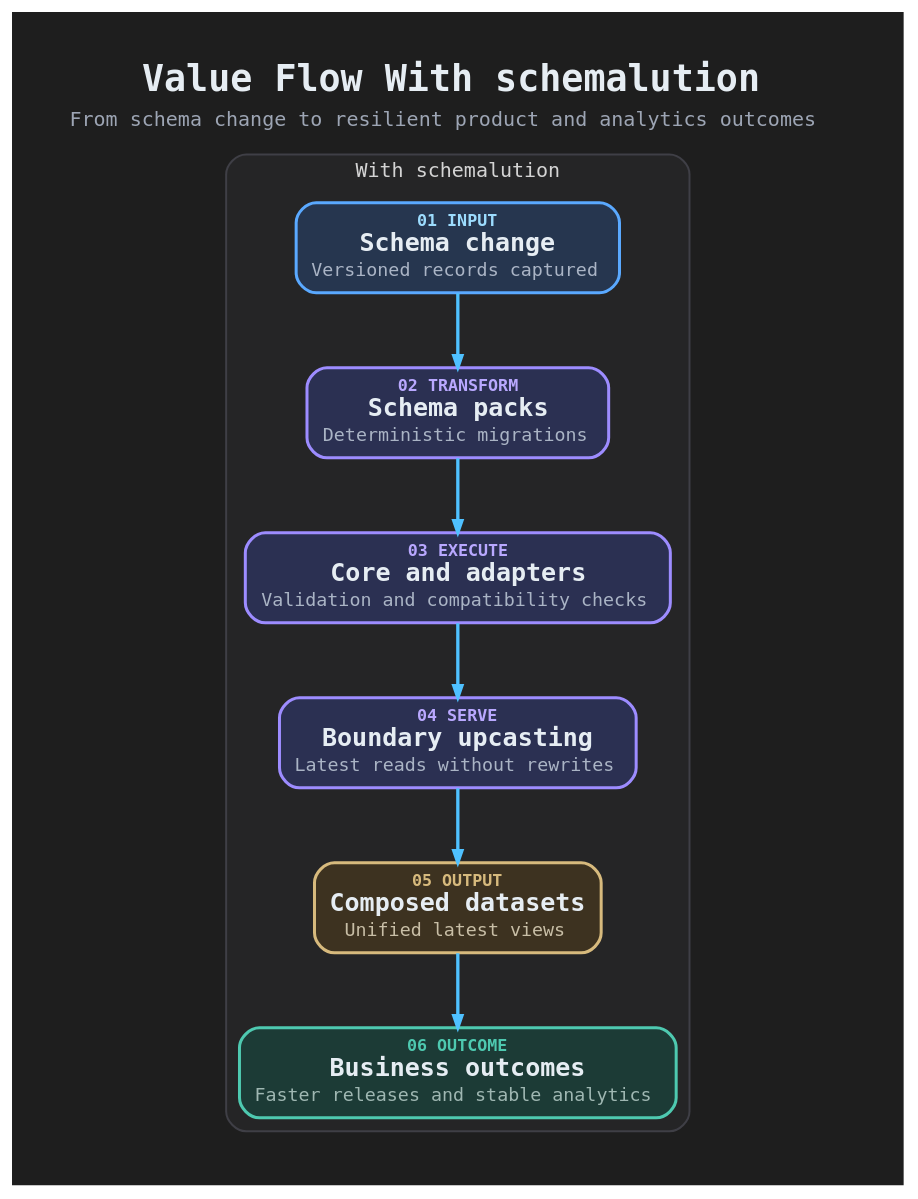
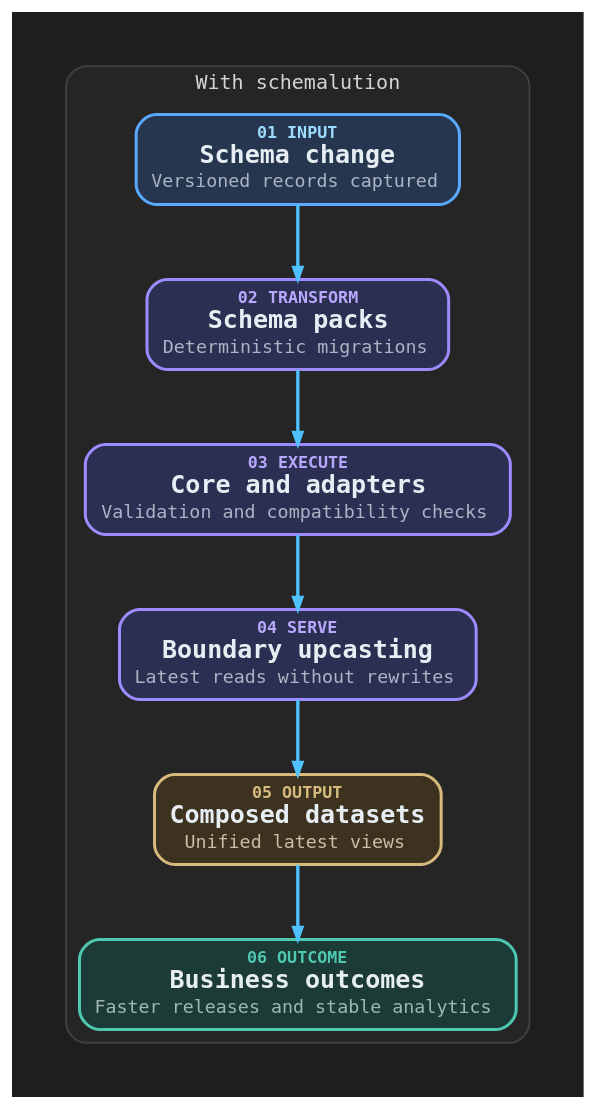
Before and after one commit to cronologi/schemalution: the diagram in assets/diagrams/value-flow-with.dot, drawn with Graphviz. The commit also changed 16 other files, not shown here.

```diff
--- a/assets/diagrams/value-flow-with.dot
+++ b/assets/diagrams/value-flow-with.dot
@@ -1,131 +1,124 @@
 digraph value_flow_with {
   graph [
     rankdir=TB,
     bgcolor="#1E1E1E",
     pad="0.34",
     nodesep="0.45",
     ranksep="0.62",
     fontname="Cascadia Code, DejaVu Sans Mono, Noto Mono",
-    fontsize=15,
-    labelloc="t",
-    label=<
-      <TABLE BORDER="0" CELLBORDER="0" CELLPADDING="2" CELLSPACING="0">
-        <TR><TD ALIGN="CENTER"><FONT POINT-SIZE="22" COLOR="#E6EDF3"><B>Value Flow With schemalution</B></FONT></TD></TR>
-        <TR><TD ALIGN="CENTER"><FONT POINT-SIZE="12" COLOR="#9DA5B4">From schema change to resilient product and analytics outcomes</FONT></TD></TR>
-      </TABLE>
-    >
+    fontsize=15
   ];
 
   node [
     shape=box,
     style="rounded,filled",
     penwidth=1.8,
     fontname="Cascadia Code, DejaVu Sans Mono, Noto Mono",
     fontsize=13,
     fontcolor="#E6EDF3",
     margin="0.12,0.10"
   ];
 
   edge [
     color="#4FC1FF",
     penwidth=2,
     arrowsize=0.7
   ];
 
   subgraph cluster_with {
     label="With schemalution";
     labelloc=t;
     labeljust=c;
     fontsize=12;
     fontname="Cascadia Code, DejaVu Sans Mono, Noto Mono";
     fontcolor="#D4D4D4";
     color="#3F3F46";
     fillcolor="#252526";
     style="rounded,filled";
     penwidth=1.2;
 
     S1 [
       label=<
         <TABLE BORDER="0" CELLBORDER="0" CELLPADDING="0" CELLSPACING="0">
           <TR><TD ALIGN="CENTER"><FONT POINT-SIZE="10" COLOR="#9CDCFE"><B>01 INPUT</B></FONT></TD></TR>
           <TR><TD ALIGN="CENTER"><FONT POINT-SIZE="15" COLOR="#E6EDF3"><B>Schema change</B></FONT></TD></TR>
           <TR><TD ALIGN="CENTER"><FONT POINT-SIZE="11" COLOR="#AAB4C5">Versioned records captured</FONT></TD></TR>
         </TABLE>
       >,
       fillcolor="#26364F",
       color="#5AA9FF",
       fontcolor="#E6EDF3"
     ];
 
     S2 [
       label=<
         <TABLE BORDER="0" CELLBORDER="0" CELLPADDING="0" CELLSPACING="0">
           <TR><TD ALIGN="CENTER"><FONT POINT-SIZE="10" COLOR="#B9A8FF"><B>02 TRANSFORM</B></FONT></TD></TR>
           <TR><TD ALIGN="CENTER"><FONT POINT-SIZE="15" COLOR="#E6EDF3"><B>Schema packs</B></FONT></TD></TR>
           <TR><TD ALIGN="CENTER"><FONT POINT-SIZE="11" COLOR="#AAB4C5">Deterministic migrations</FONT></TD></TR>
         </TABLE>
       >,
       fillcolor="#2B3052",
       color="#9D8CFF",
       fontcolor="#E6EDF3"
     ];
 
     S3 [
       label=<
         <TABLE BORDER="0" CELLBORDER="0" CELLPADDING="0" CELLSPACING="0">
           <TR><TD ALIGN="CENTER"><FONT POINT-SIZE="10" COLOR="#B9A8FF"><B>03 EXECUTE</B></FONT></TD></TR>
           <TR><TD ALIGN="CENTER"><FONT POINT-SIZE="15" COLOR="#E6EDF3"><B>Core and adapters</B></FONT></TD></TR>
           <TR><TD ALIGN="CENTER"><FONT POINT-SIZE="11" COLOR="#AAB4C5">Validation and compatibility checks</FONT></TD></TR>
         </TABLE>
       >,
       fillcolor="#2B3052",
       color="#9D8CFF",
       fontcolor="#E6EDF3"
     ];
 
     S4 [
       label=<
         <TABLE BORDER="0" CELLBORDER="0" CELLPADDING="0" CELLSPACING="0">
           <TR><TD ALIGN="CENTER"><FONT POINT-SIZE="10" COLOR="#B9A8FF"><B>04 SERVE</B></FONT></TD></TR>
           <TR><TD ALIGN="CENTER"><FONT POINT-SIZE="15" COLOR="#E6EDF3"><B>Boundary upcasting</B></FONT></TD></TR>
           <TR><TD ALIGN="CENTER"><FONT POINT-SIZE="11" COLOR="#AAB4C5">Latest reads without rewrites</FONT></TD></TR>
         </TABLE>
       >,
       fillcolor="#2B3052",
       color="#9D8CFF",
       fontcolor="#E6EDF3"
     ];
 
     S5 [
       label=<
         <TABLE BORDER="0" CELLBORDER="0" CELLPADDING="0" CELLSPACING="0">
           <TR><TD ALIGN="CENTER"><FONT POINT-SIZE="10" COLOR="#D7BA7D"><B>05 OUTPUT</B></FONT></TD></TR>
           <TR><TD ALIGN="CENTER"><FONT POINT-SIZE="15" COLOR="#E6EDF3"><B>Composed datasets</B></FONT></TD></TR>
           <TR><TD ALIGN="CENTER"><FONT POINT-SIZE="11" COLOR="#C8BEA6">Unified latest views</FONT></TD></TR>
         </TABLE>
       >,
       fillcolor="#3D3220",
       color="#D7BA7D",
       fontcolor="#E6EDF3"
     ];
 
     S6 [
       label=<
         <TABLE BORDER="0" CELLBORDER="0" CELLPADDING="0" CELLSPACING="0">
           <TR><TD ALIGN="CENTER"><FONT POINT-SIZE="10" COLOR="#4EC9B0"><B>06 OUTCOME</B></FONT></TD></TR>
           <TR><TD ALIGN="CENTER"><FONT POINT-SIZE="15" COLOR="#E6EDF3"><B>Business outcomes</B></FONT></TD></TR>
           <TR><TD ALIGN="CENTER"><FONT POINT-SIZE="11" COLOR="#9FB7B2">Faster releases and stable analytics</FONT></TD></TR>
         </TABLE>
       >,
       fillcolor="#1C3B36",
       color="#4EC9B0",
       fontcolor="#E6EDF3"
     ];
   }
 
   S1 -> S2;
   S2 -> S3;
   S3 -> S4;
   S4 -> S5;
   S5 -> S6;
 }
```
